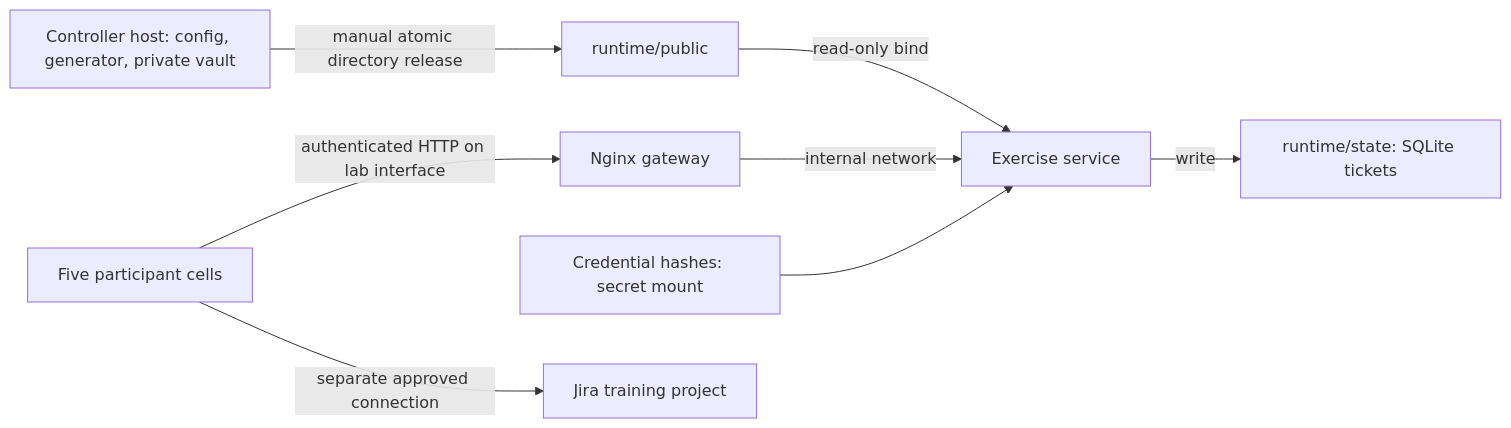
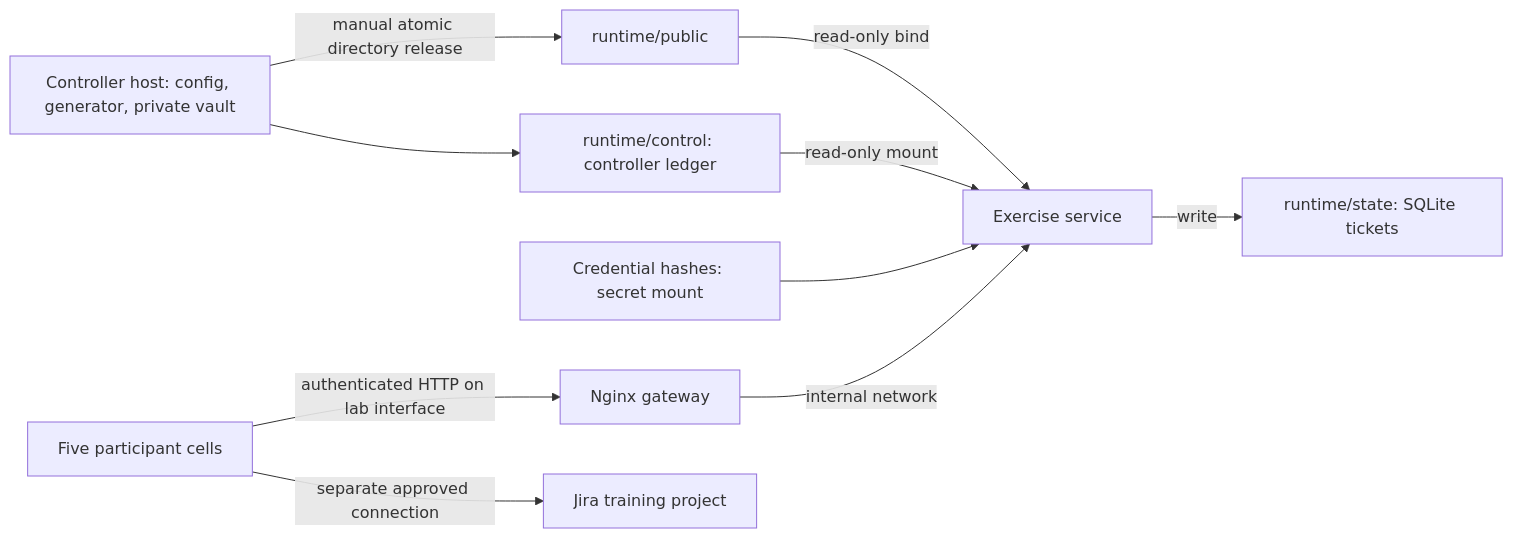
The diagram in docs/architecture.md (Judge-M/Oct26), drawn with Mermaid before and after one commit. The commit also changed other lines of this file and 28 other files, not shown here.

````diff
--- a/docs/architecture.md
+++ b/docs/architecture.md
@@ -3,10 +3,12 @@
 ```mermaid
 flowchart LR
   C[Controller host: config, generator, private vault] -->|manual atomic directory release| P[runtime/public]
   U[Five participant cells] -->|authenticated HTTP on lab interface| G[Nginx gateway]
   G -->|internal network| S[Exercise service]
   P -->|read-only bind| S
   S -->|write| D[runtime/state: SQLite tickets]
   K[Credential hashes: secret mount] --> S
+  C --> L[runtime/control: controller ledger]
+  L -->|read-only mount| S
   U -->|separate approved connection| J[Jira training project]
 ```
````
